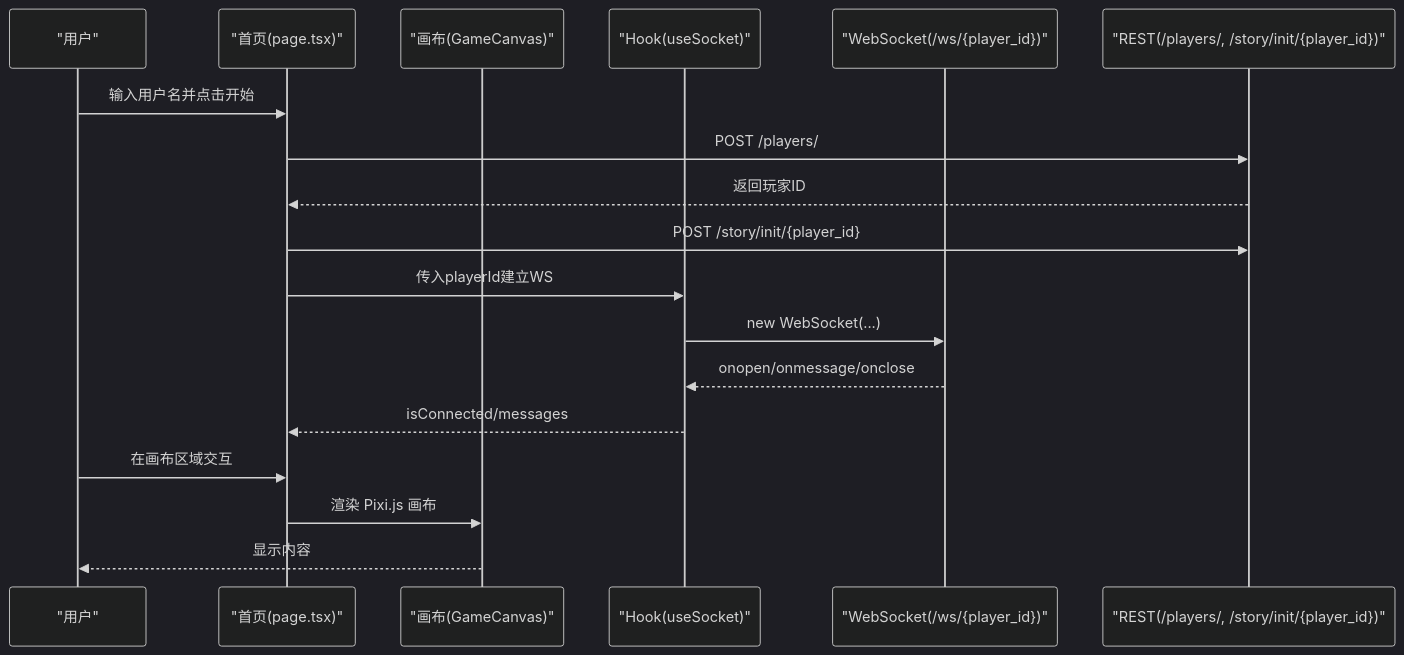
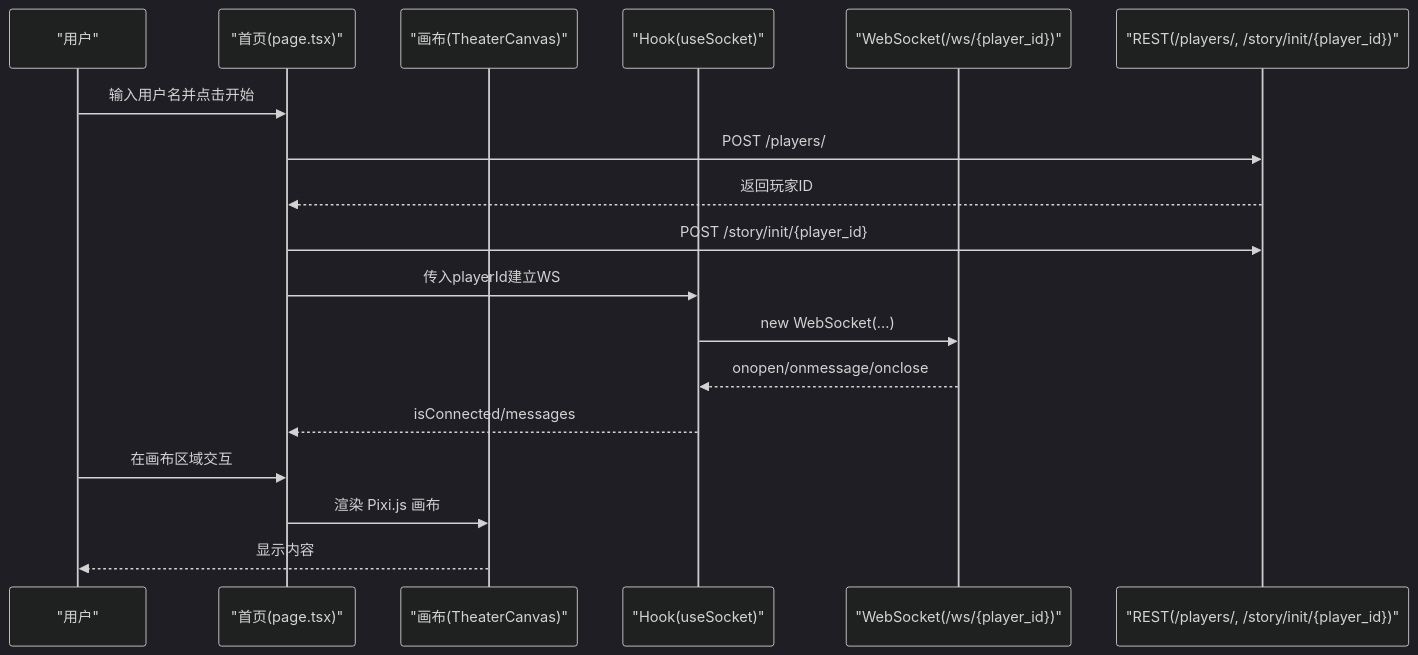
Before and after one commit to KunLabAI/KunFlix: the second of 6 diagrams in .qoder/repowiki/zh/content/故障排除/前端渲染问题.md, drawn with Mermaid (dark theme). The commit also changed other lines of this file and 112 other files, not shown here.

````diff
--- a/.qoder/repowiki/zh/content/故障排除/前端渲染问题.md
+++ b/.qoder/repowiki/zh/content/故障排除/前端渲染问题.md
@@ -120,20 +120,20 @@
 ```mermaid
 sequenceDiagram
 participant U as "用户"
 participant P as "首页(page.tsx)"
-participant C as "画布(GameCanvas)"
+participant C as "画布(TheaterCanvas)"
 participant H as "Hook(useSocket)"
 participant WS as "WebSocket(/ws/{player_id})"
 participant API as "REST(/players/, /story/init/{player_id})"
 U->>P : 输入用户名并点击开始
 P->>API : POST /players/
 API-->>P : 返回玩家ID
 P->>API : POST /story/init/{player_id}
 P->>H : 传入playerId建立WS
 H->>WS : new WebSocket(...)
 WS-->>H : onopen/onmessage/onclose
 H-->>P : isConnected/messages
 U->>P : 在画布区域交互
 P->>C : 渲染 Pixi.js 画布
 C-->>U : 显示内容
 ```
````
